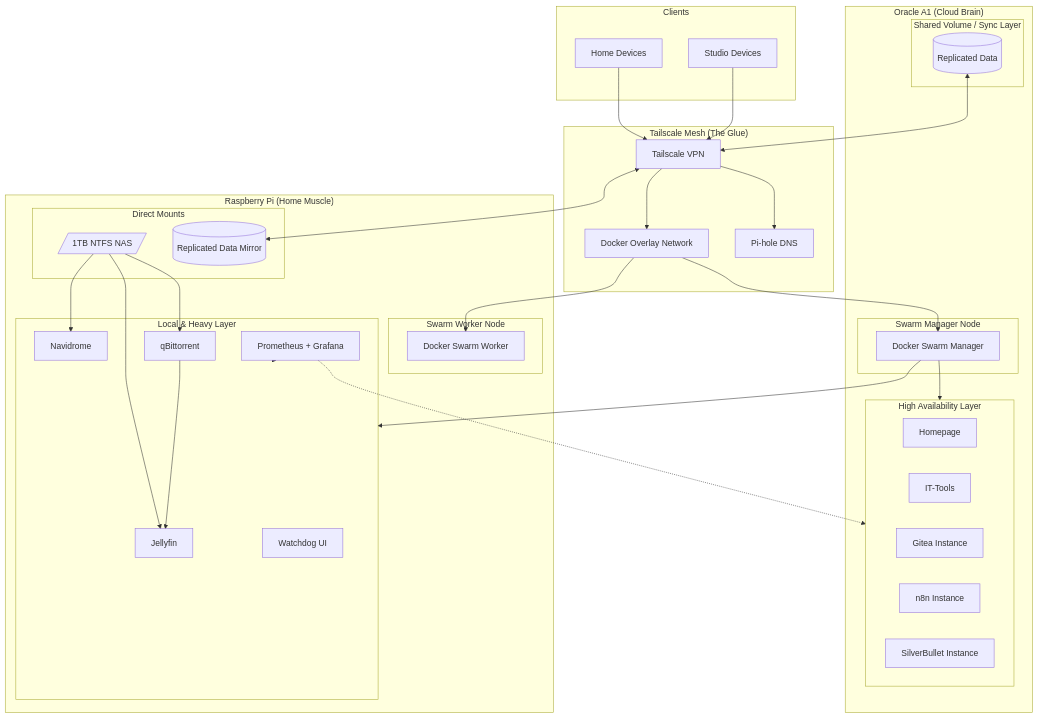
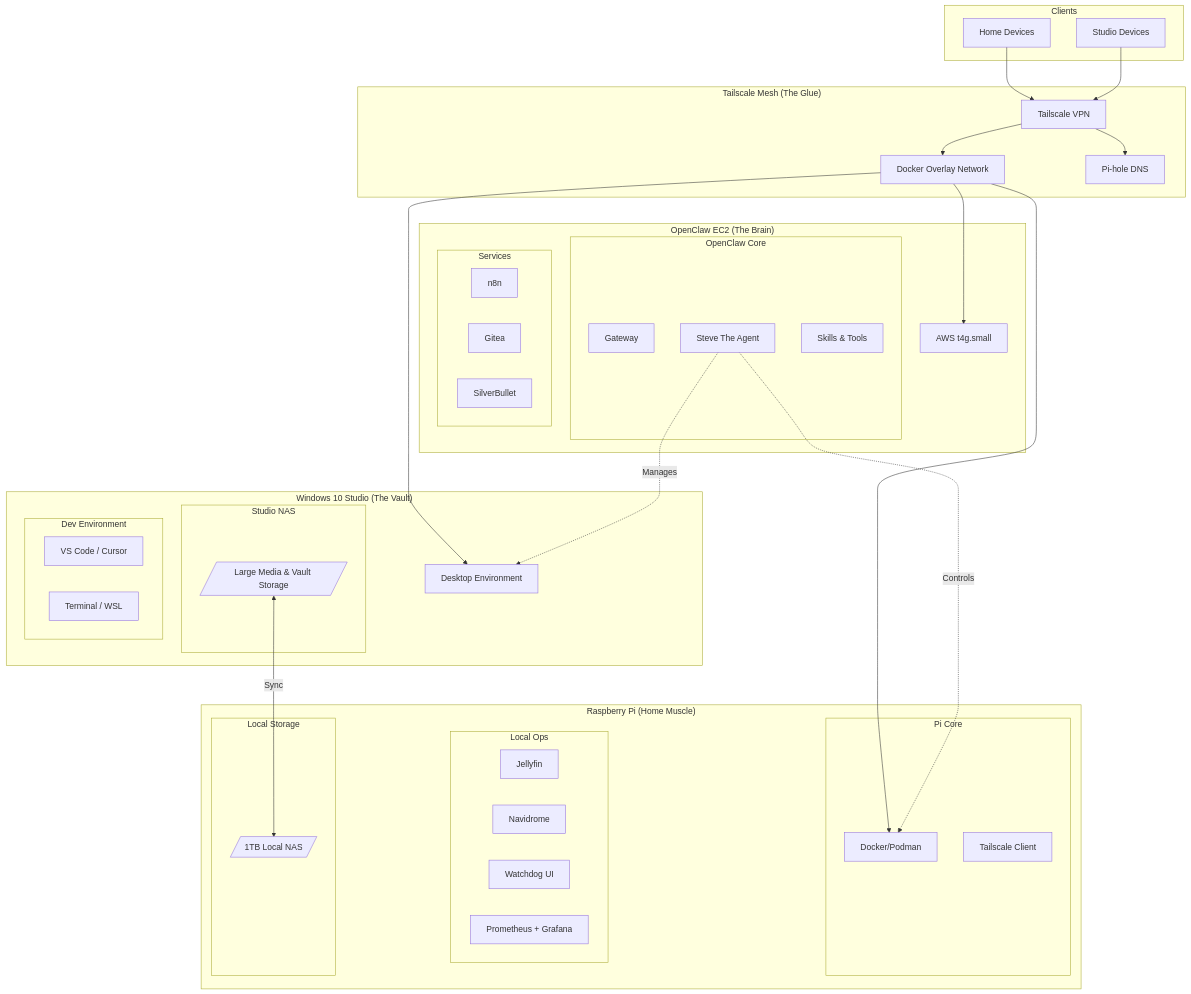
One commit to MKMithun2806/MKMithun2806 changed the diagram in README.md. Above: the diagram before and after it, drawn with Mermaid. The commit also changed other lines of this file, not shown here.

Commit message:
docs: update architecture diagram and add openclaw section

````diff
--- a/README.md
+++ b/README.md
@@ -184,67 +100,61 @@
 ```mermaid
 flowchart TB
-subgraph Clients
-A[Home Devices]
-B[Studio Devices]
-end
-subgraph Network_Fabric["Tailscale Mesh (The Glue)"]
-TS[Tailscale VPN]
-SWARM_NET[Docker Overlay Network]
-DNS[Pi-hole DNS]
-end
-A --> TS
-B --> TS
-TS --> DNS
-subgraph Oracle_Cloud["Oracle A1 (Cloud Brain)"]
-
-subgraph SWARM_MANAGER[Swarm Manager Node]
-    MANAGER[Docker Swarm Manager]
-end
-
-subgraph CLOUD_SERVICES[High Availability Layer]
-    HOMEPAGE[Homepage]
-    IT[IT-Tools]
-    GITEA_C[Gitea Instance]
-    N8N_C[n8n Instance]
-    SB_C[SilverBullet Instance]
-end
-
-subgraph CLOUD_STORAGE[Shared Volume / Sync Layer]
-    SYNC_DATA[(Replicated Data)]
-end
-end
-subgraph Raspberry_Pi["Raspberry Pi (Home Muscle)"]
-
-subgraph SWARM_WORKER[Swarm Worker Node]
-    WORKER[Docker Swarm Worker]
-end
-
-subgraph HOME_SERVICES[Local & Heavy Layer]
-    JELLY[Jellyfin]
-    NAVI[Navidrome]
-    QBIT[qBittorrent]
-    WATCHDOG[Watchdog UI]
-    PRO_STACK[Prometheus + Grafana]
-end
-
-subgraph LOCAL_STORAGE[Direct Mounts]
-    NAS[/"1TB NTFS NAS"/]
-    SYNC_PI[(Replicated Data Mirror)]
-end
-end
-%% Connections
-TS --> SWARM_NET
-SWARM_NET --> MANAGER
-SWARM_NET --> WORKER
-MANAGER --> CLOUD_SERVICES
-MANAGER --> HOME_SERVICES
-%% Storage Mapping
-NAS --> JELLY
-NAS --> NAVI
-NAS --> QBIT
-SYNC_DATA <--> TS <--> SYNC_PI
-%% Logic
-PRO_STACK -.-> CLOUD_SERVICES
-PRO_STACK -.-> HOME_SERVICES
-QBIT --> JELLY
+    subgraph Clients
+    A[Home Devices]
+    B[Studio Devices]
+    end
+    subgraph Network_Fabric["Tailscale Mesh (The Glue)"]
+    TS[Tailscale VPN]
+    SWARM_NET[Docker Overlay Network]
+    DNS[Pi-hole DNS]
+    end
+    A --> TS
+    B --> TS
+    TS --> DNS
+    subgraph OpenClaw_EC2["OpenClaw EC2 (The Brain)"]
+        EC2_AWS["AWS t4g.small"]
+        subgraph OPENCLAW_CORE[OpenClaw Core]
+            OC_GATEWAY[Gateway]
+            OC_AGENT[Steve The Agent]
+            OC_SKILLS[Skills & Tools]
+        end
+        subgraph EC2_SERVICES[Services]
+            N8N_EC2[n8n]
+            GITEA_EC2[Gitea]
+            SILVER_EC2[SilverBullet]
+        end
+    end
+    subgraph Raspberry_Pi["Raspberry Pi (Home Muscle)"]
+        subgraph PI_CORE[Pi Core]
+            PI_DOCKER[Docker/Podman]
+            PI_TAIL[Tailscale Client]
+        end
+        subgraph HOME_SERVICES[Local Ops]
+            JELLY[Jellyfin]
+            NAVI[Navidrome]
+            WATCHDOG[Watchdog UI]
+            GRAFANA[Prometheus + Grafana]
+        end
+        subgraph PI_STORAGE[Local Storage]
+            NAS_1TB[/"1TB Local NAS"/]
+        end
+    end
+    subgraph Windows_Studio["Windows 10 Studio (The Vault)"]
+        WIN_DESK[Desktop Environment]
+        subgraph WIN_STORAGE[Studio NAS]
+            WIN_NAS[/"Large Media & Vault Storage"/]
+        end
+        subgraph DEV_TOOLS[Dev Environment]
+            VS_CODE[VS Code / Cursor]
+            TERM[Terminal / WSL]
+        end
+    end
+    %% Connections
+    TS --> SWARM_NET
+    SWARM_NET --> EC2_AWS
+    SWARM_NET --> PI_DOCKER
+    SWARM_NET --> WIN_DESK
+    OC_AGENT -.->|Controls| PI_DOCKER
+    OC_AGENT -.->|Manages| WIN_DESK
+    WIN_NAS <-->|Sync| NAS_1TB
 ```
````
